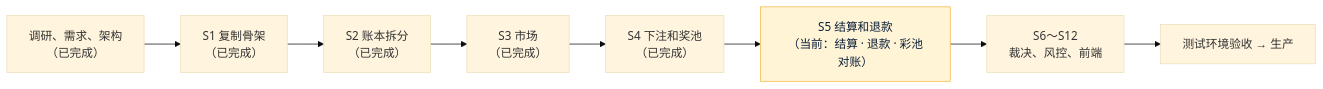
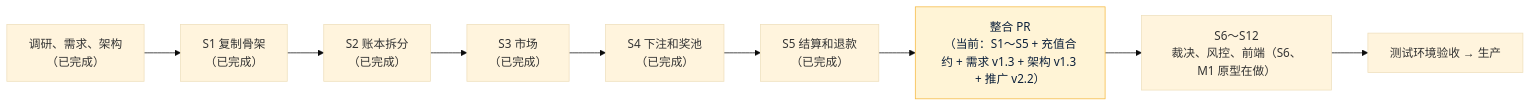
The diagram in 项目地图.md (dollar3651314/forecast), drawn with Mermaid (base theme) before and after one commit. The commit also changed other lines of this file and 17 other files, not shown here.

````diff
--- a/项目地图.md
+++ b/项目地图.md
@@ -11,5 +11,5 @@
 ```mermaid
 flowchart LR
-    R["调研、需求、架构<br/>（已完成）"] --> S1["S1 复制骨架<br/>（已完成）"] --> S2["S2 账本拆分<br/>（已完成）"] --> S3["S3 市场<br/>（已完成）"] --> S4["S4 下注和奖池<br/>（已完成）"] --> S5["S5 结算和退款<br/>（当前：结算 · 退款 · 彩池对账）"]:::now --> S6["S6～S12<br/>裁决、风控、前端"] --> T["测试环境验收 → 生产"]
+    R["调研、需求、架构<br/>（已完成）"] --> S1["S1 复制骨架<br/>（已完成）"] --> S2["S2 账本拆分<br/>（已完成）"] --> S3["S3 市场<br/>（已完成）"] --> S4["S4 下注和奖池<br/>（已完成）"] --> S5["S5 结算和退款<br/>（已完成）"] --> INT["整合 PR<br/>（当前：S1～S5 + 充值合约 + 需求 v1.3 + 架构 v1.3 + 推广 v2.2）"]:::now --> S6["S6～S12<br/>裁决、风控、前端（S6、M1 原型在做）"] --> T["测试环境验收 → 生产"]
     classDef now fill:#FFF4D6,stroke:#F5B83D,color:#0B1F3A
 ```
````
